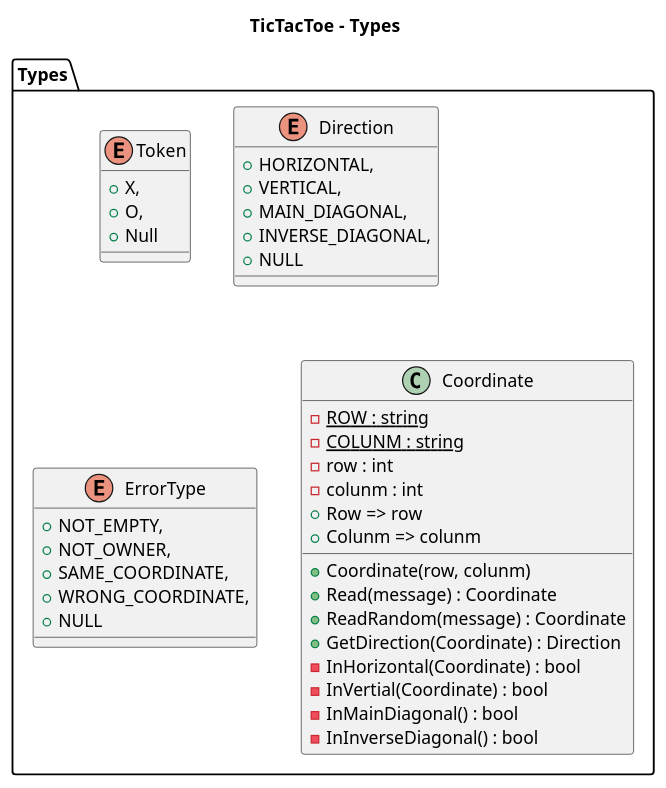
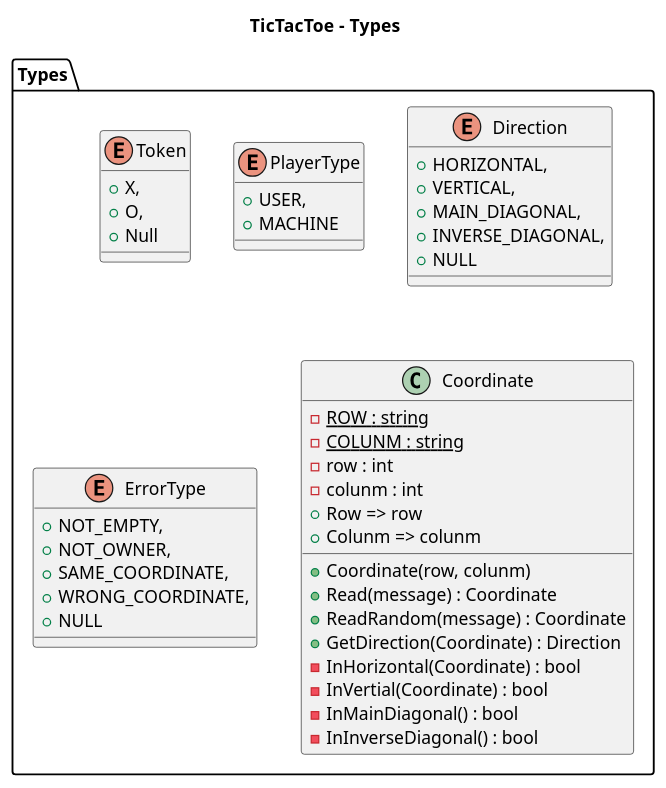
The diagram in src/TicTacToe/DocumentView/Basic/Docs/TicTacToeModelsTypes.plantuml (franpaulinoinfante/MasterSoftwareDevelopment), drawn with PlantUML before and after one commit. The commit also changed 4 other files, not shown here.

```diff
--- a/src/TicTacToe/DocumentView/Basic/Docs/TicTacToeModelsTypes.plantuml
+++ b/src/TicTacToe/DocumentView/Basic/Docs/TicTacToeModelsTypes.plantuml
@@ -1,43 +1,48 @@
 @startuml TicTacToeModelsTypes
 title TicTacToe - Types
 namespace Types{
     enum Token{
         +X,
         +O,
         +Null
+    }
+
+    enum PlayerType{
+        +USER,
+        +MACHINE
     }
 
     enum Direction{
         +HORIZONTAL,
         +VERTICAL,
         +MAIN_DIAGONAL,
         +INVERSE_DIAGONAL,
         +NULL
     }
 
     enum ErrorType{
         +NOT_EMPTY,
         +NOT_OWNER,
         +SAME_COORDINATE,
         +WRONG_COORDINATE,
         +NULL
     }
 
     class Coordinate{
         -{static} ROW : string
         -{static} COLUNM : string
         -row : int
         -colunm : int
         +Coordinate(row, colunm)
         +Row => row
         +Colunm => colunm
         +Read(message) : Coordinate
         +ReadRandom(message) : Coordinate
         +GetDirection(Coordinate) : Direction
         -InHorizontal(Coordinate) : bool
         -InVertial(Coordinate) : bool
         -InMainDiagonal() : bool
         -InInverseDiagonal() : bool
     }
 }
 @enduml
```
